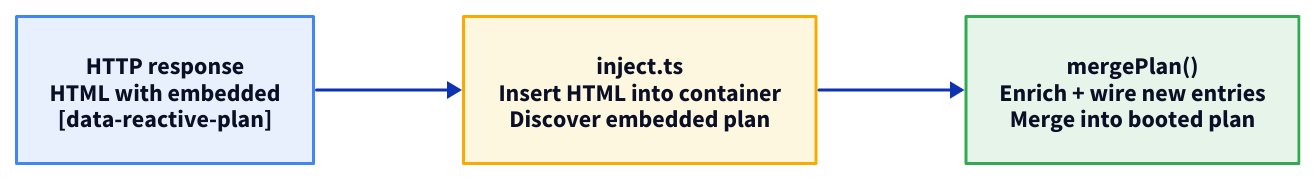
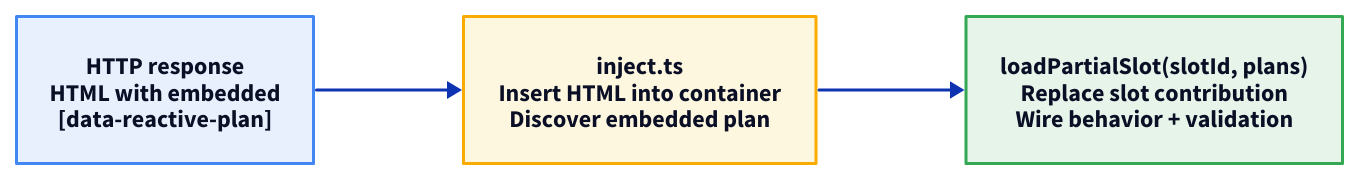
One commit to marafiq/alis-reactive changed the third of 3 diagrams in docs-site/src/content/docs/architecture/plan-composition.mdx. Above: the diagram before and after it, drawn with D2. The commit also changed other lines of this file and 17 other files, not shown here.

Commit message:
Remove generic runtime plan merge path

````diff
--- a/docs-site/src/content/docs/architecture/plan-composition.mdx
+++ b/docs-site/src/content/docs/architecture/plan-composition.mdx
@@ -87,24 +87,24 @@
 ```d2
 direction: right
 
 fetch: "HTTP response\nHTML with embedded\n[data-reactive-plan]" {
   shape: rectangle
   style.fill: "#e8f0fe"
   style.stroke: "#4285f4"
   style.font-size: 16
 }
 inject: "inject.ts\nInsert HTML into container\nDiscover embedded plan" {
   shape: rectangle
   style.fill: "#fef7e0"
   style.stroke: "#f9ab00"
   style.font-size: 16
 }
-merge: "mergePlan()\nEnrich + wire new entries\nMerge into booted plan" {
+merge: "loadPartialSlot(slotId, plans)\nReplace slot contribution\nWire behavior + validation" {
   shape: rectangle
   style.fill: "#e6f4ea"
   style.stroke: "#34a853"
   style.font-size: 16
 }
 
 fetch -> inject -> merge
 ```
````
